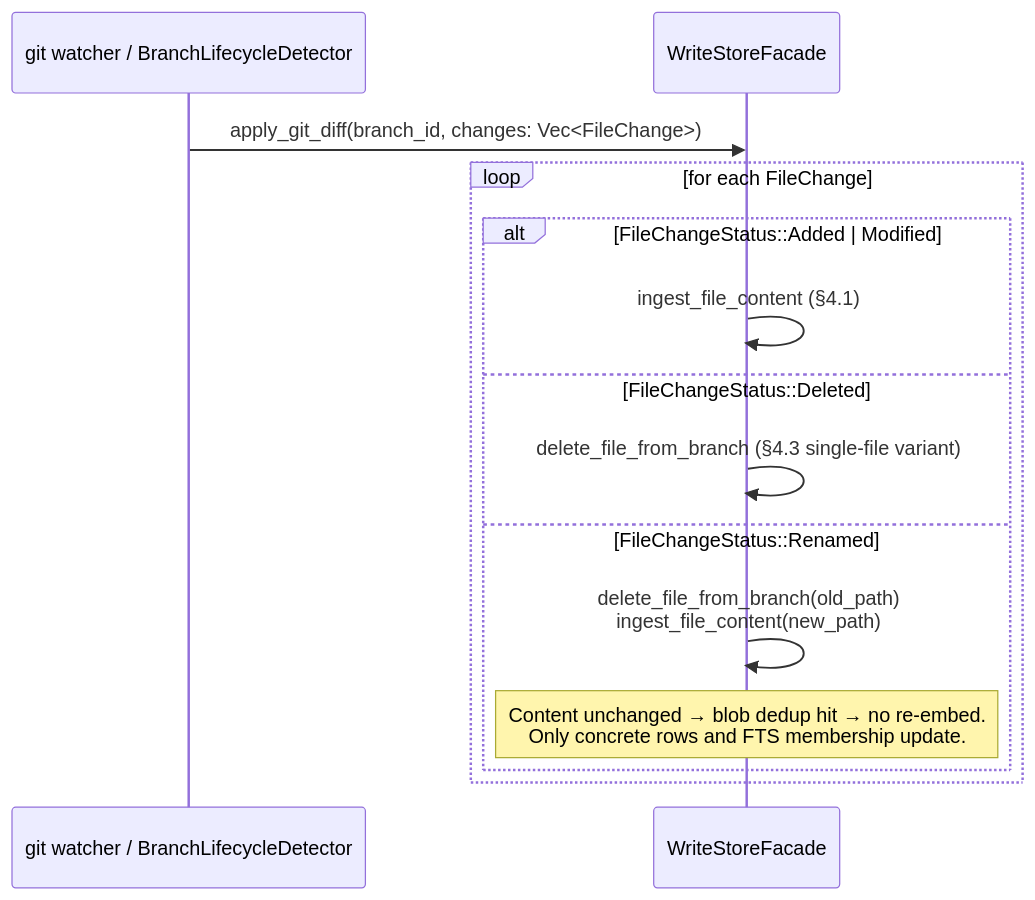
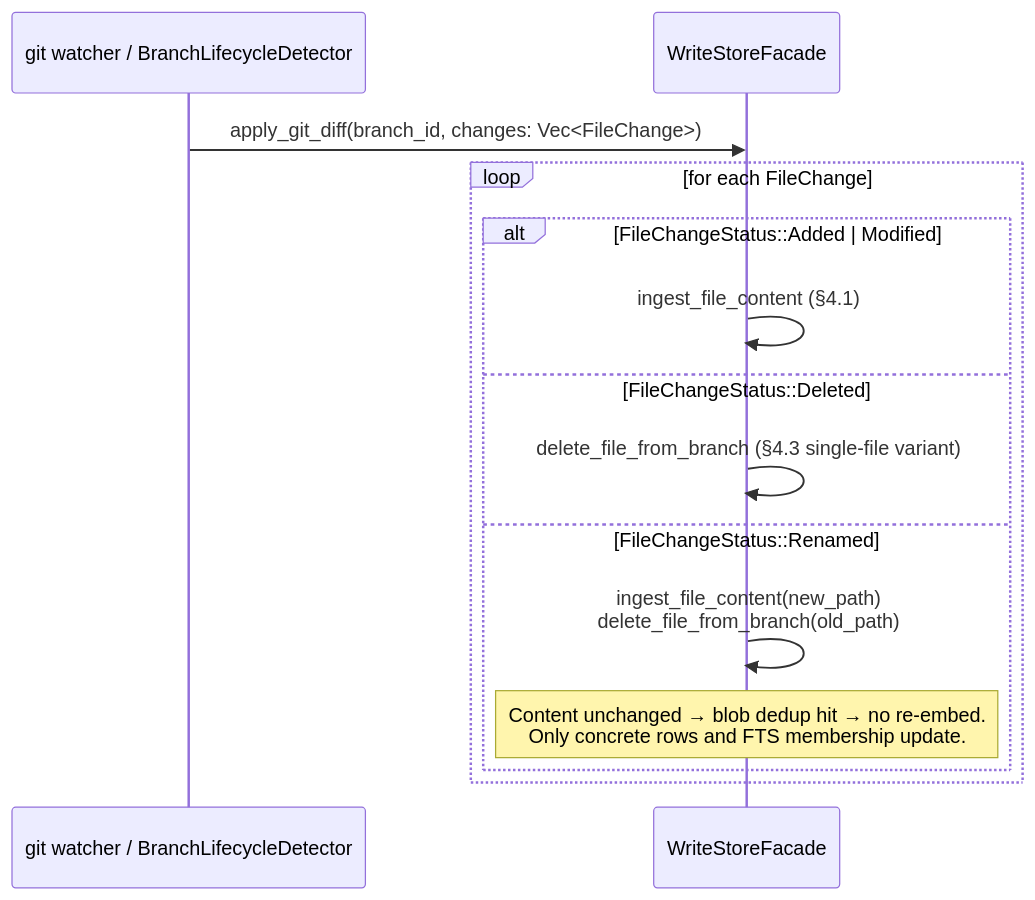
One commit to ChrisGVE/workspace-qdrant-mcp changed the seventh of 7 diagrams in docs/architecture/branch-storage-model.md. Above: the diagram before and after it, drawn with Mermaid. The commit also changed other lines of this file, not shown here.

````diff
--- a/docs/architecture/branch-storage-model.md
+++ b/docs/architecture/branch-storage-model.md
@@ -628,17 +657,17 @@
 ```mermaid
 sequenceDiagram
     participant Git as git watcher / BranchLifecycleDetector
     participant Facade as WriteStoreFacade
 
     Git->>Facade: apply_git_diff(branch_id, changes: Vec<FileChange>)
     loop for each FileChange
         alt FileChangeStatus::Added | Modified
             Facade->>Facade: ingest_file_content (§4.1)
         else FileChangeStatus::Deleted
             Facade->>Facade: delete_file_from_branch (§4.3 single-file variant)
         else FileChangeStatus::Renamed
-            Facade->>Facade: delete_file_from_branch(old_path)<br/>ingest_file_content(new_path)
+            Facade->>Facade: ingest_file_content(new_path)<br/>delete_file_from_branch(old_path)
             Note over Facade: Content unchanged → blob dedup hit → no re-embed.<br/>Only concrete rows and FTS membership update.
         end
     end
 ```
````
